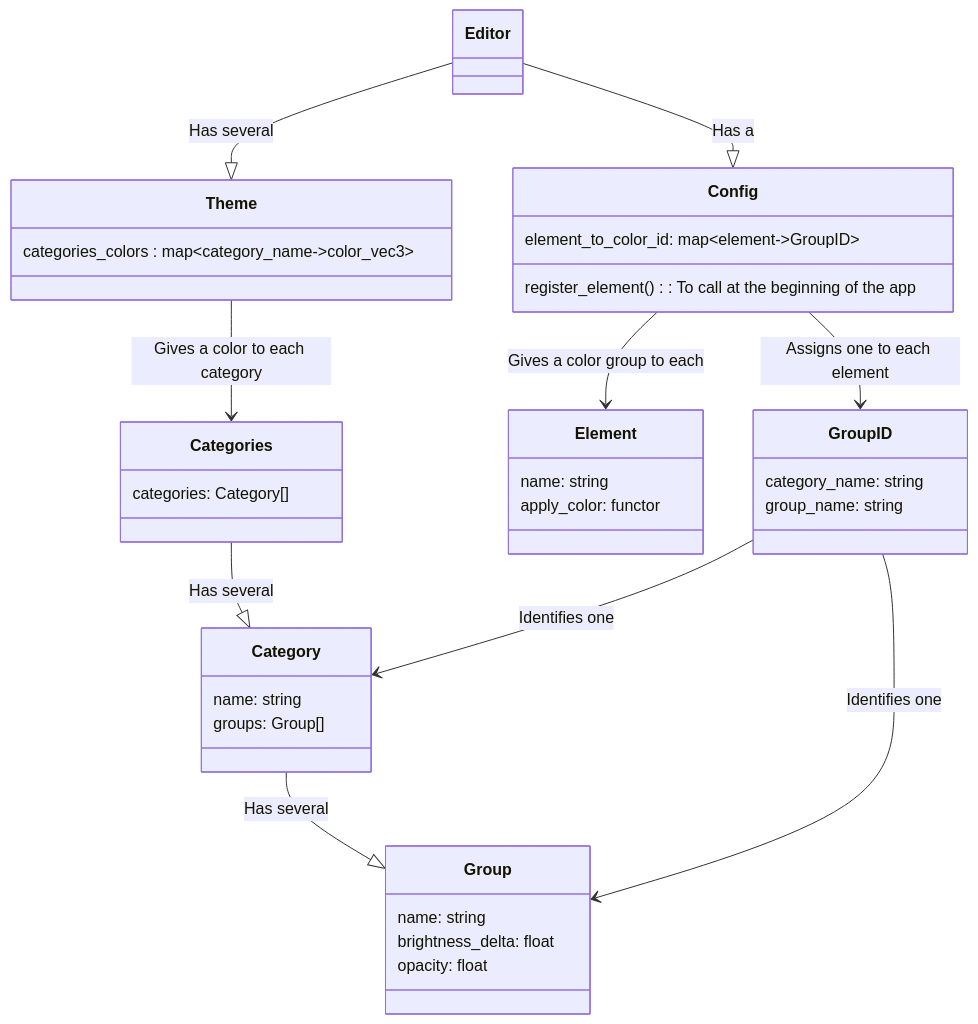
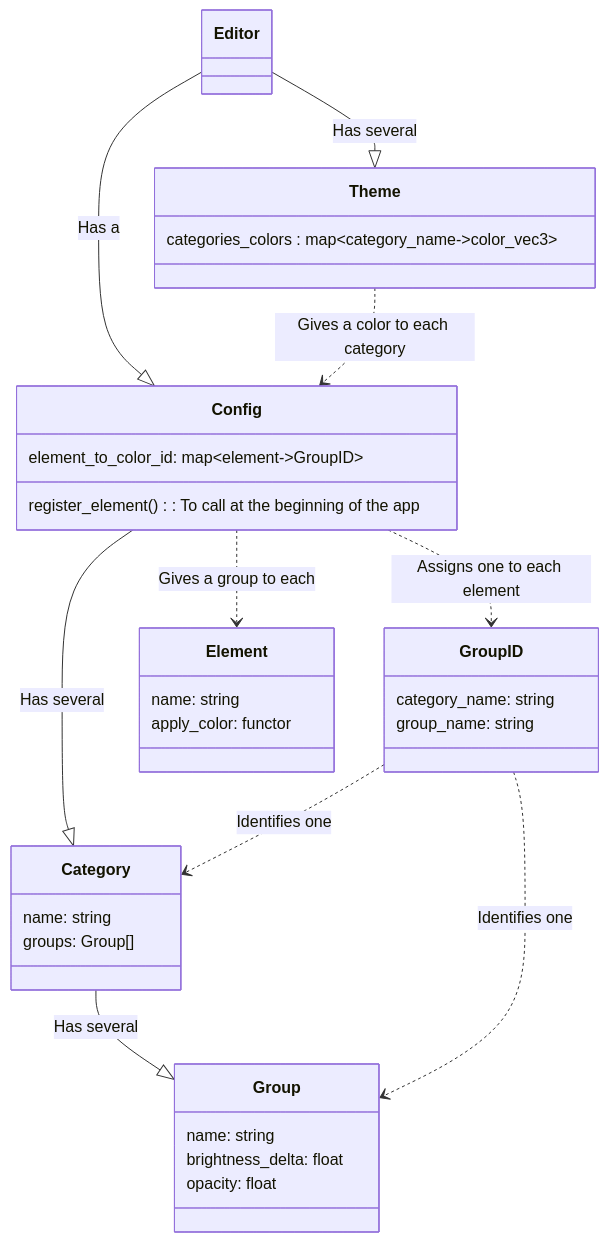
Before and after one commit to CoolLibs/ImGui_StyleEditor: the diagram in README_DEV.md, drawn with Mermaid. The commit also changed other lines of this file and 8 other files, not shown here.

````diff
--- a/README_DEV.md
+++ b/README_DEV.md
@@ -11,39 +11,36 @@
 ```mermaid
 classDiagram
     Editor --|> Config: Has a
     Editor --|> Theme: Has several
-    Categories --|> Category : Has several
+    Theme ..> Config : Gives a color to each category
     Category --|> Group : Has several
-    Config --> Element : Gives a color group to each
-    Config --> GroupID : Assigns one to each element
-    Theme --> Categories : Gives a color to each category
-    GroupID --> Category : Identifies one
-    GroupID --> Group : Identifies one
+    Config --|> Category : Has several
+    Config ..> GroupID : Assigns one to each element
+    Config ..> Element : Gives a group to each
+    GroupID ..> Category : Identifies one
+    GroupID ..> Group : Identifies one
     class Config{
         element_to_color_id: map&ltelement->GroupID&gt
         register_element(): To call at the beginning of the app
     }
     class Theme{
         categories_colors : map&ltcategory_name->color_vec3&gt
-    }
-    class Categories{
-        categories: Category[]
     }
     class Category{
         name: string
         groups: Group[]
     }
     class Group{
         name: string
         brightness_delta: float
         opacity: float
     }
     class Element{
         name: string
         apply_color: functor
     }
     class GroupID{
         category_name: string
         group_name: string
     }
 ```
````
